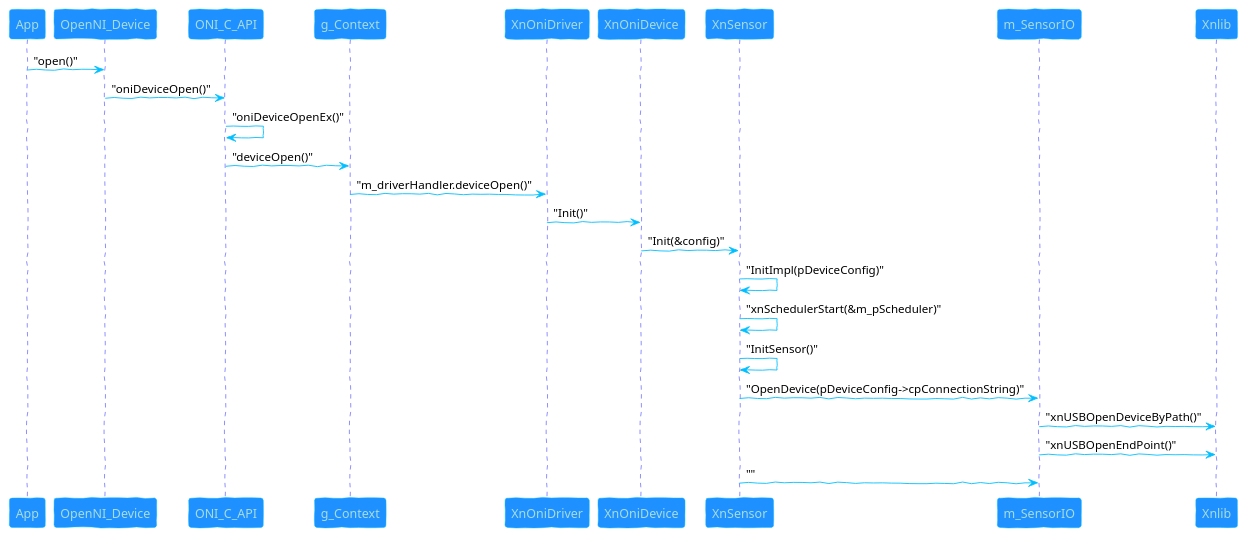
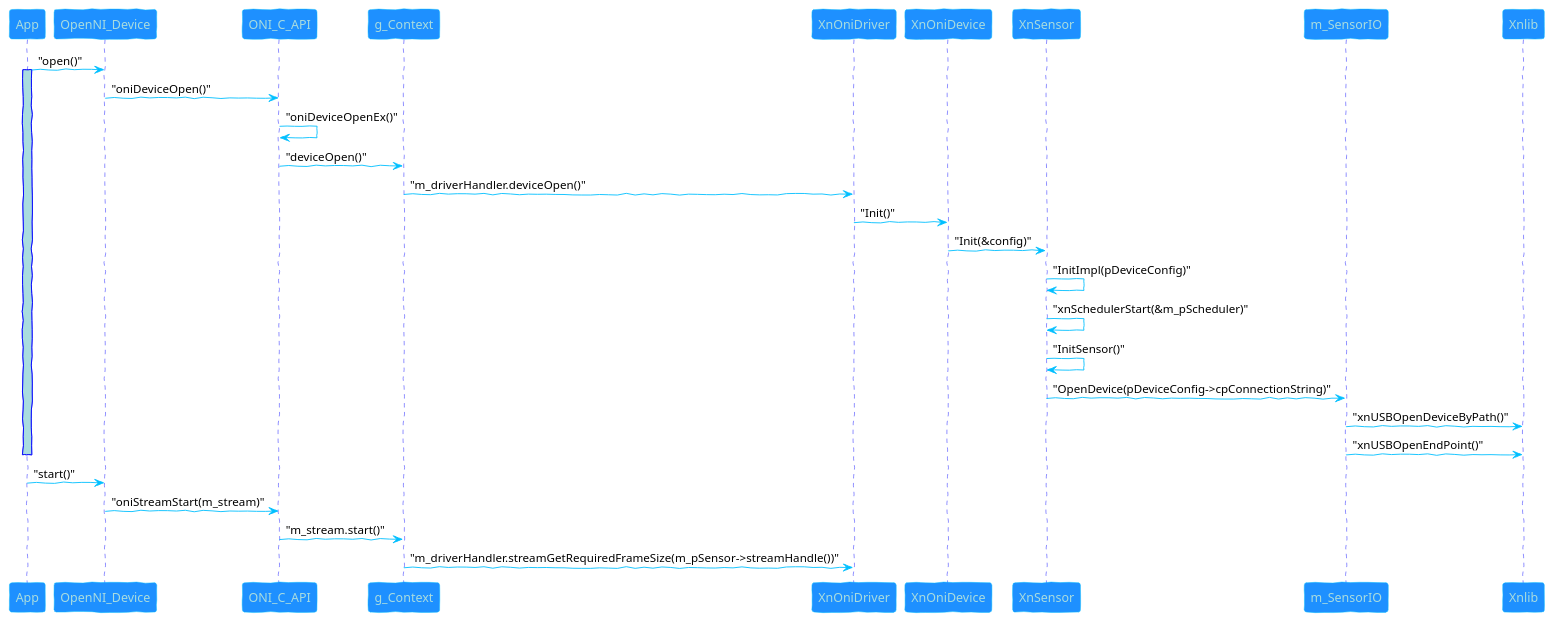
One commit to frank2019/tech_note_blog changed the diagram in common/plantuml/OpenNI2_VideoStream.puml. Above: the diagram before and after it, drawn with PlantUML. The commit also changed 23 other files, not shown here.

```diff
--- a/common/plantuml/OpenNI2_VideoStream.puml
+++ b/common/plantuml/OpenNI2_VideoStream.puml
@@ -1,38 +1,46 @@
 @startuml
 
 skinparam backfroundColor #EEEBDC
 skinparam handwritten true
 
 skinparam sequence {
 
     ArrowColor DeepSkyBlue
     ActorBorderColor blue
     LifeLineBorderColor blue
     LifeLineBackgroundColor #A9DCDF
 
     ParticipantBorderColor DeepSkyBlue
     ParticipantBackgroundColor DodgerBlue
     ParticipantFontName Aapex
     ParticipantFontColor #A9DCDF
 
     ActorBackgroundColor aqua
     ActorFontColor DeepSkyBlue
     ActorFontSize 17
     ActorFontName Aapex
 }
 App->OpenNI_Device:"open()"
+activate App
 OpenNI_Device->ONI_C_API:"oniDeviceOpen()"
 ONI_C_API ->ONI_C_API:"oniDeviceOpenEx()"
 ONI_C_API->g_Context:"deviceOpen()"
 g_Context->XnOniDriver:"m_driverHandler.deviceOpen()"
 XnOniDriver->XnOniDevice:"Init()"
 XnOniDevice->XnSensor:"Init(&config)"
 XnSensor->XnSensor:"InitImpl(pDeviceConfig)"
 XnSensor->XnSensor:"xnSchedulerStart(&m_pScheduler)"
 XnSensor->XnSensor:"InitSensor()"
 XnSensor->m_SensorIO:"OpenDevice(pDeviceConfig->cpConnectionString)"
 m_SensorIO->Xnlib:"xnUSBOpenDeviceByPath()"
 m_SensorIO->Xnlib:"xnUSBOpenEndPoint()"
-XnSensor->m_SensorIO:""
+
+deactivate App 
+
+App->OpenNI_Device:"start()"
+OpenNI_Device->ONI_C_API:"oniStreamStart(m_stream)"
+ONI_C_API->g_Context:"m_stream.start()"
+g_Context->XnOniDriver:"m_driverHandler.streamGetRequiredFrameSize(m_pSensor->streamHandle())"
+
 
 @enduml
```
